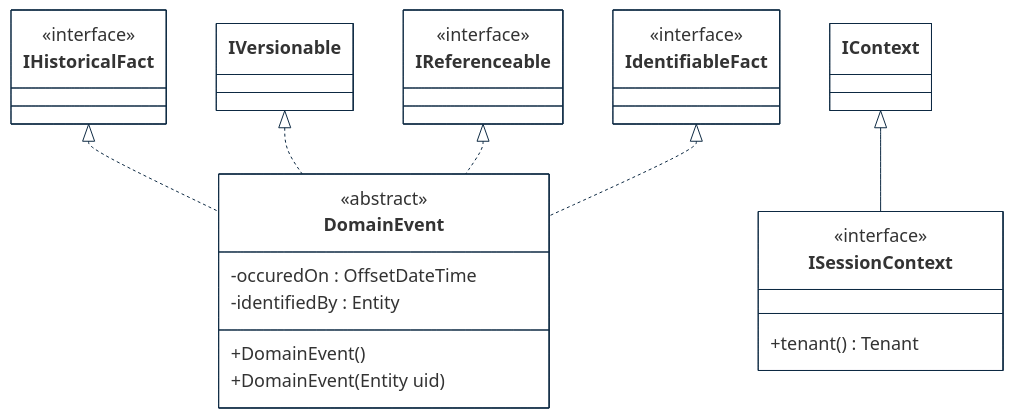
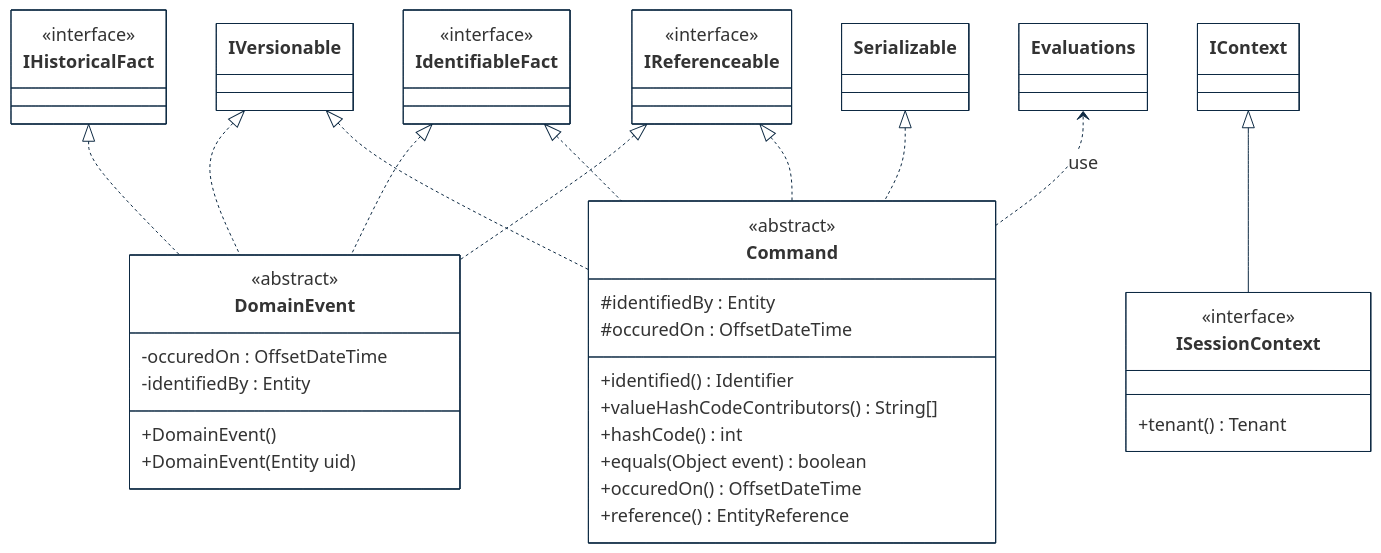
The first of 6 diagrams in implementations-line/framework/domain/designview-packages.md (cybnity/foundation), drawn with Mermaid before and after one commit. The commit also changed other lines of this file, not shown here.

````diff
--- a/implementations-line/framework/domain/designview-packages.md
+++ b/implementations-line/framework/domain/designview-packages.md
@@ -10,47 +10,63 @@
 ```mermaid
 %%{
   init: {
     'theme': 'base',
     'themeVariables': {
         'background': '#ffffff',
         'fontFamily': 'arial',
         'fontSize': '18px',
         'primaryColor': '#fff',
         'primaryBorderColor': '#0e2a43',
         'secondaryBorderColor': '#0e2a43',
         'tertiaryBorderColor': '#0e2a43',
         'edgeLabelBackground':'#0e2a43',
         'lineColor': '#0e2a43',
         'tertiaryColor': '#fff'
     }
   }
 }%%
 classDiagram
     IHistoricalFact <|.. DomainEvent
     IVersionable <|.. DomainEvent
     IReferenceable <|.. DomainEvent
     IdentifiableFact <|.. DomainEvent
+    IdentifiableFact <|.. Command
+    IVersionable <|.. Command
+    Serializable <|.. Command
+    IReferenceable <|.. Command
+    Evaluations <.. Command : use
     IContext <|-- ISessionContext
 
     class DomainEvent {
         <<abstract>>
         -occuredOn : OffsetDateTime
         -identifiedBy : Entity
         +DomainEvent()
         +DomainEvent(Entity uid)
     }
     class IHistoricalFact {
         <<interface>>
     }
     class IdentifiableFact {
         <<interface>>
     }
     class IReferenceable {
         <<interface>>
     }
     class ISessionContext {
         <<interface>>
         +tenant() Tenant
     }
+    class Command {
+        <<abstract>>
+        #identifiedBy : Entity
+        #occuredOn : OffsetDateTime
+        +identified() Identifier
+        +valueHashCodeContributors() String[]
+        +hashCode() int
+        +equals(Object event) boolean
+        +occuredOn() OffsetDateTime
+        +reference() EntityReference
+    }
 
 ```
````
